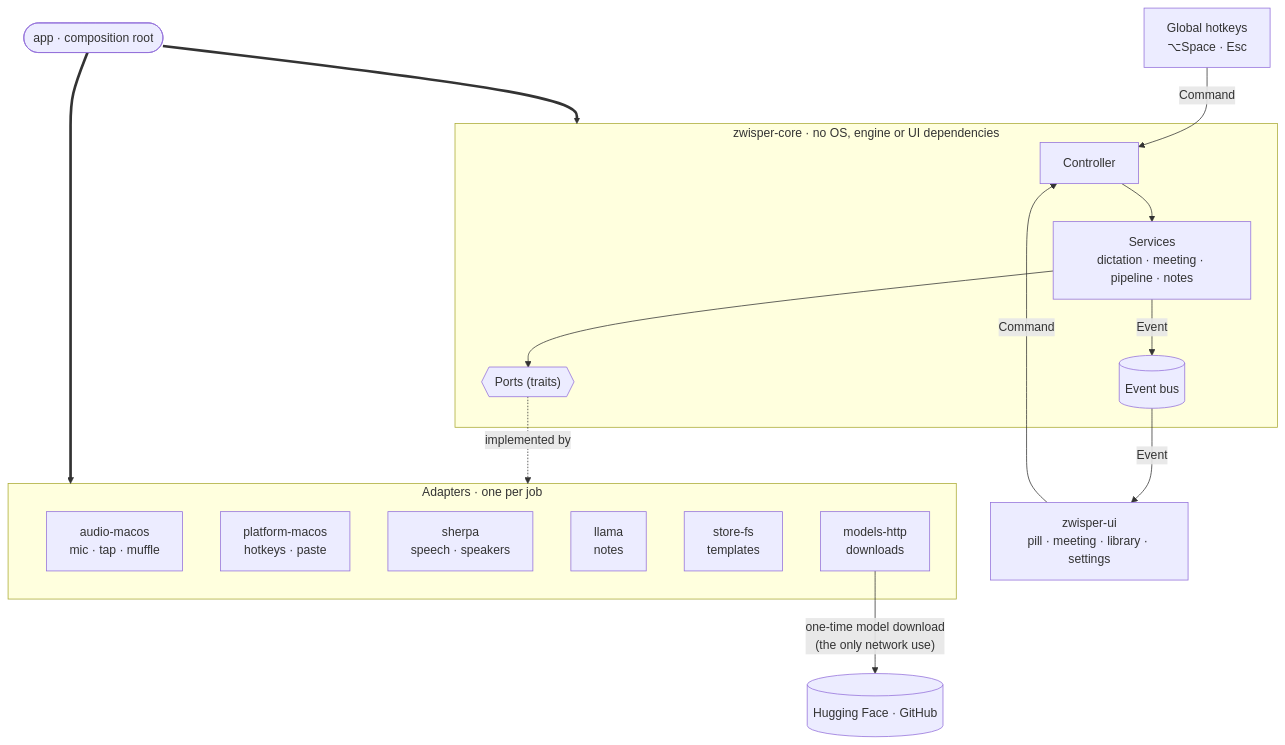
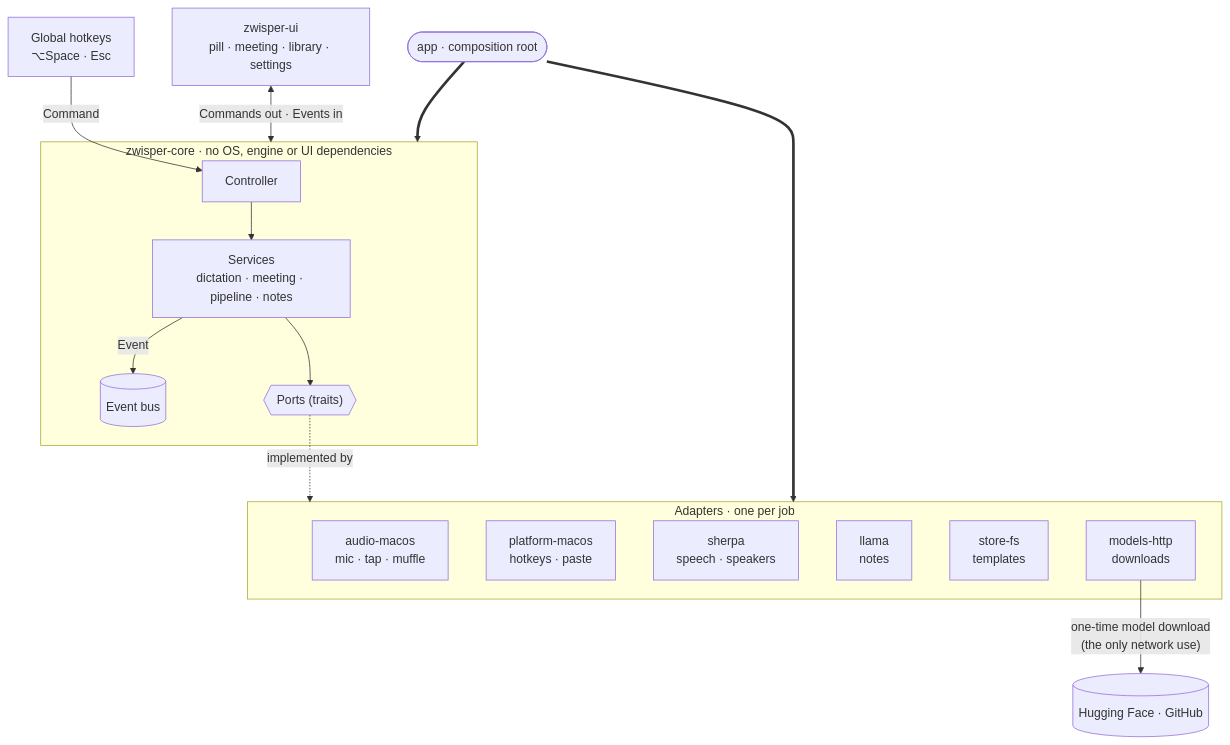
One commit to Klectr/zwisper changed the diagram in README.md. Above: the diagram before and after it, drawn with Mermaid.

Commit message:
README: one two-way edge between the UI and core in the diagram

````diff
--- a/README.md
+++ b/README.md
@@ -124,35 +124,34 @@
 ```mermaid
 flowchart TB
     keys["Global hotkeys<br/>⌥Space · Esc"]
     ui["zwisper-ui<br/>pill · meeting · library · settings"]
 
     subgraph core["zwisper-core · no OS, engine or UI dependencies"]
         ctl["Controller"]
         svc["Services<br/>dictation · meeting · pipeline · notes"]
         bus[("Event bus")]
         ports{{"Ports (traits)"}}
         ctl --> svc
         svc --> ports
         svc -- Event --> bus
     end
 
     subgraph adapters["Adapters · one per job"]
         audio["audio-macos<br/>mic · tap · muffle"]
         platform["platform-macos<br/>hotkeys · paste"]
         sherpa["sherpa<br/>speech · speakers"]
         llama["llama<br/>notes"]
         store["store-fs<br/>templates"]
         models["models-http<br/>downloads"]
     end
 
     app(["app · composition root"])
     net[("Hugging Face · GitHub")]
 
     keys -- Command --> ctl
-    ui -- Command --> ctl
-    bus -- Event --> ui
+    ui <-- "Commands out · Events in" --> core
     ports -. implemented by .-> adapters
     app ==> core
     app ==> adapters
     models -- "one-time model download<br/>(the only network use)" --> net
 ```
````
